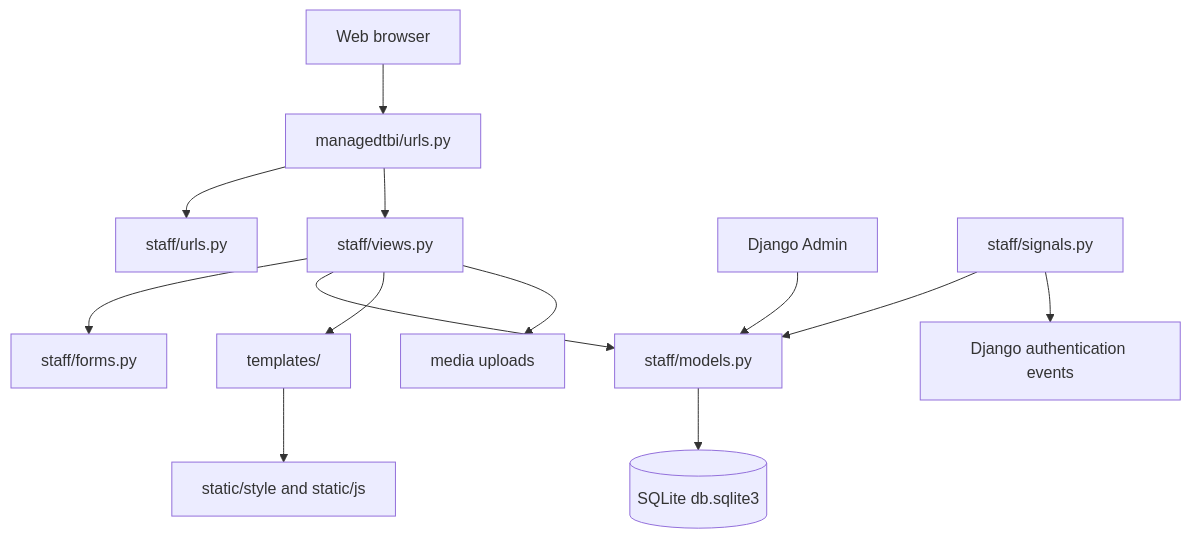
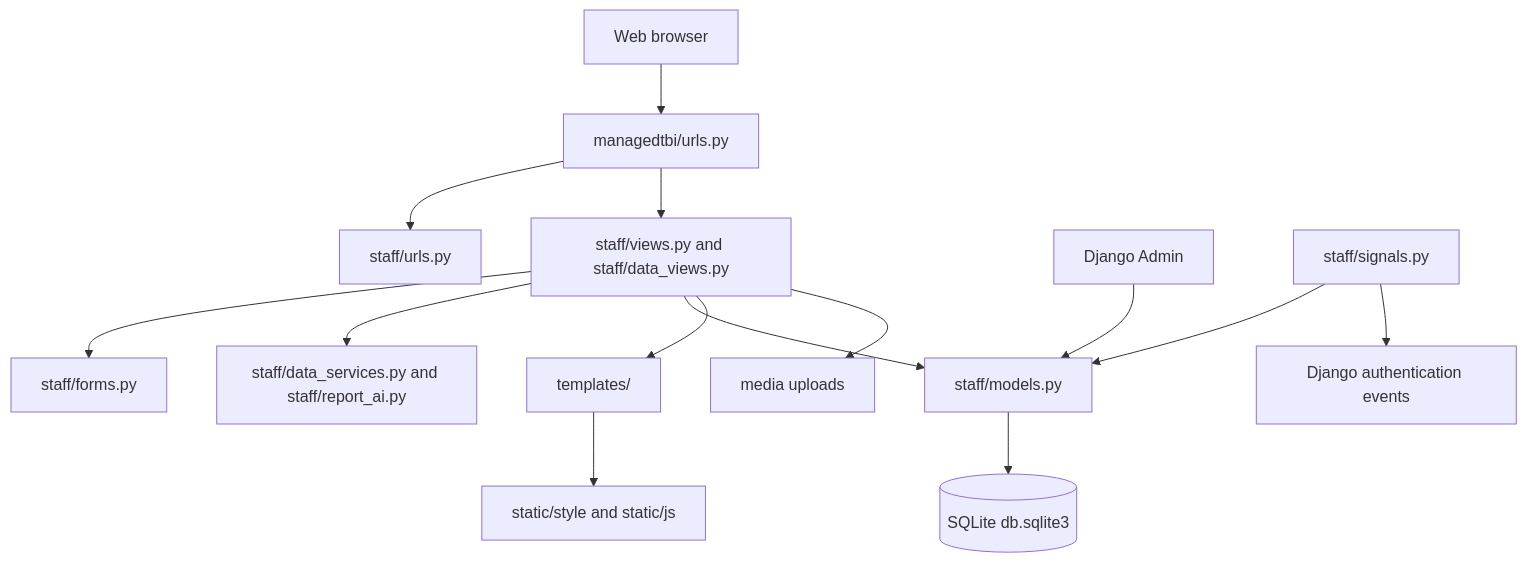
The diagram in SYSTEM_OVERVIEW.md (kapingantony/DTBiSystem), drawn with Mermaid before and after one commit. The commit also changed other lines of this file, not shown here.

````diff
--- a/SYSTEM_OVERVIEW.md
+++ b/SYSTEM_OVERVIEW.md
@@ -45,15 +50,16 @@
 ```mermaid
 flowchart TD
     Browser[Web browser] --> URLs[managedtbi/urls.py]
     URLs --> StaffURLs[staff/urls.py]
-    URLs --> Views[staff/views.py]
+    URLs --> Views[staff/views.py and staff/data_views.py]
     Views --> Forms[staff/forms.py]
+    Views --> Services[staff/data_services.py and staff/report_ai.py]
     Views --> Models[staff/models.py]
     Models --> DB[(SQLite db.sqlite3)]
     Views --> Templates[templates/]
     Templates --> Static[static/style and static/js]
     Views --> Media[media uploads]
     Admin[Django Admin] --> Models
     Signals[staff/signals.py] --> Models
     Signals --> Auth[Django authentication events]
 ```
````
